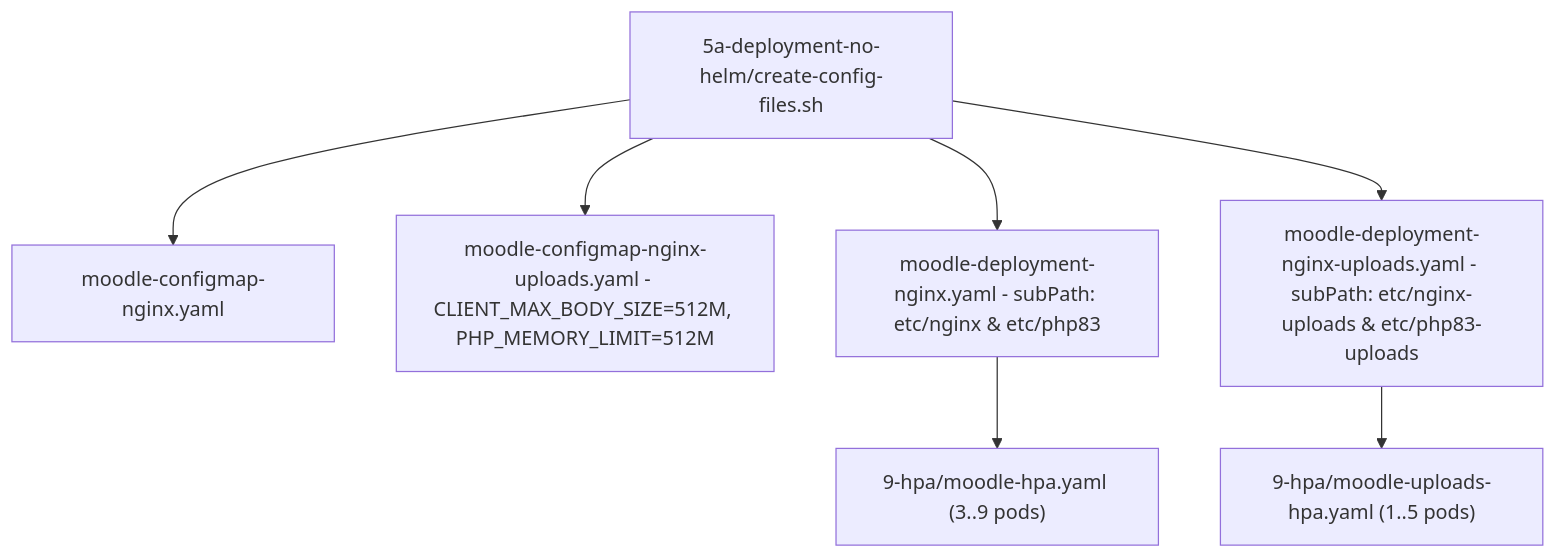
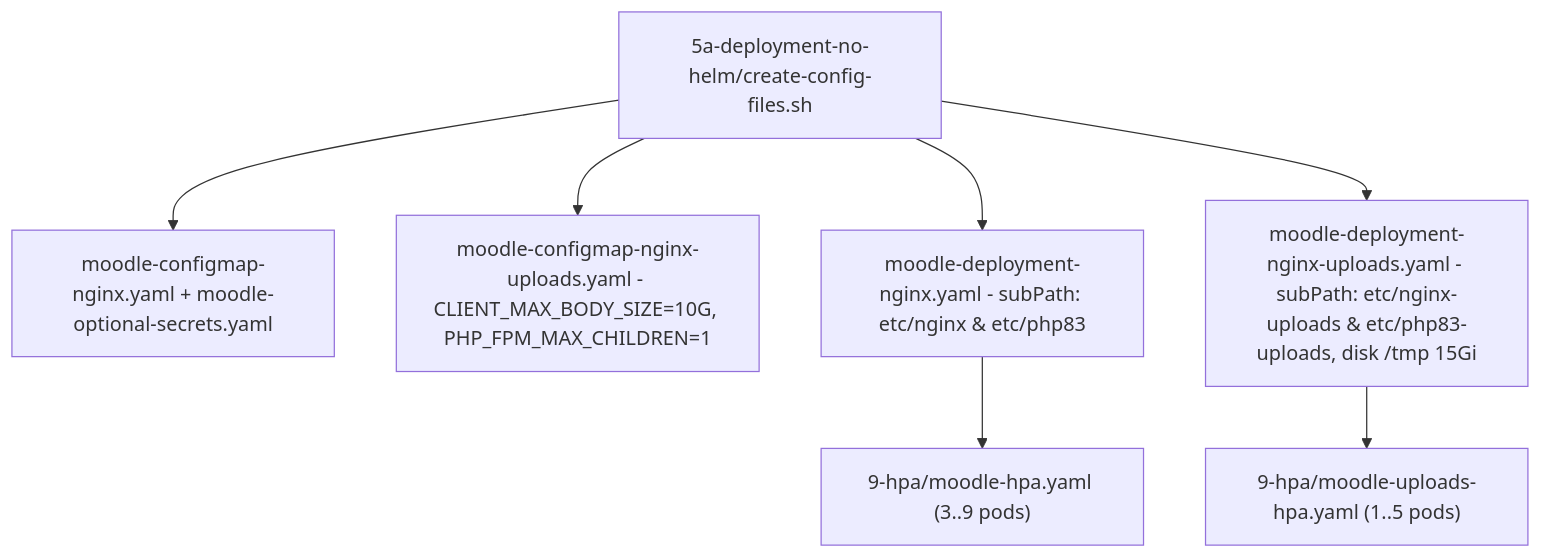
One commit to google/moodle-on-gcp changed the diagram in openwiki/operations/gke-deployments-and-uploads-isolation.md. Above: the diagram before and after it, drawn with Mermaid. The commit also changed other lines of this file and 42 other files, not shown here.

````diff
--- a/openwiki/operations/gke-deployments-and-uploads-isolation.md
+++ b/openwiki/operations/gke-deployments-and-uploads-isolation.md
@@ -31,9 +32,9 @@
 ```mermaid
 flowchart TD
-    Script["5a-deployment-no-helm/create-config-files.sh"] --> CM1["moodle-configmap-nginx.yaml"]
-    Script --> CM2["moodle-configmap-nginx-uploads.yaml - CLIENT_MAX_BODY_SIZE=512M, PHP_MEMORY_LIMIT=512M"]
+    Script["5a-deployment-no-helm/create-config-files.sh"] --> CM1["moodle-configmap-nginx.yaml + moodle-optional-secrets.yaml"]
+    Script --> CM2["moodle-configmap-nginx-uploads.yaml - CLIENT_MAX_BODY_SIZE=10G, PHP_FPM_MAX_CHILDREN=1"]
     Script --> Dep1["moodle-deployment-nginx.yaml - subPath: etc/nginx & etc/php83"]
-    Script --> Dep2["moodle-deployment-nginx-uploads.yaml - subPath: etc/nginx-uploads & etc/php83-uploads"]
+    Script --> Dep2["moodle-deployment-nginx-uploads.yaml - subPath: etc/nginx-uploads & etc/php83-uploads, disk /tmp 15Gi"]
     Dep1 --> HPA1["9-hpa/moodle-hpa.yaml (3..9 pods)"]
     Dep2 --> HPA2["9-hpa/moodle-uploads-hpa.yaml (1..5 pods)"]
 ```
````
